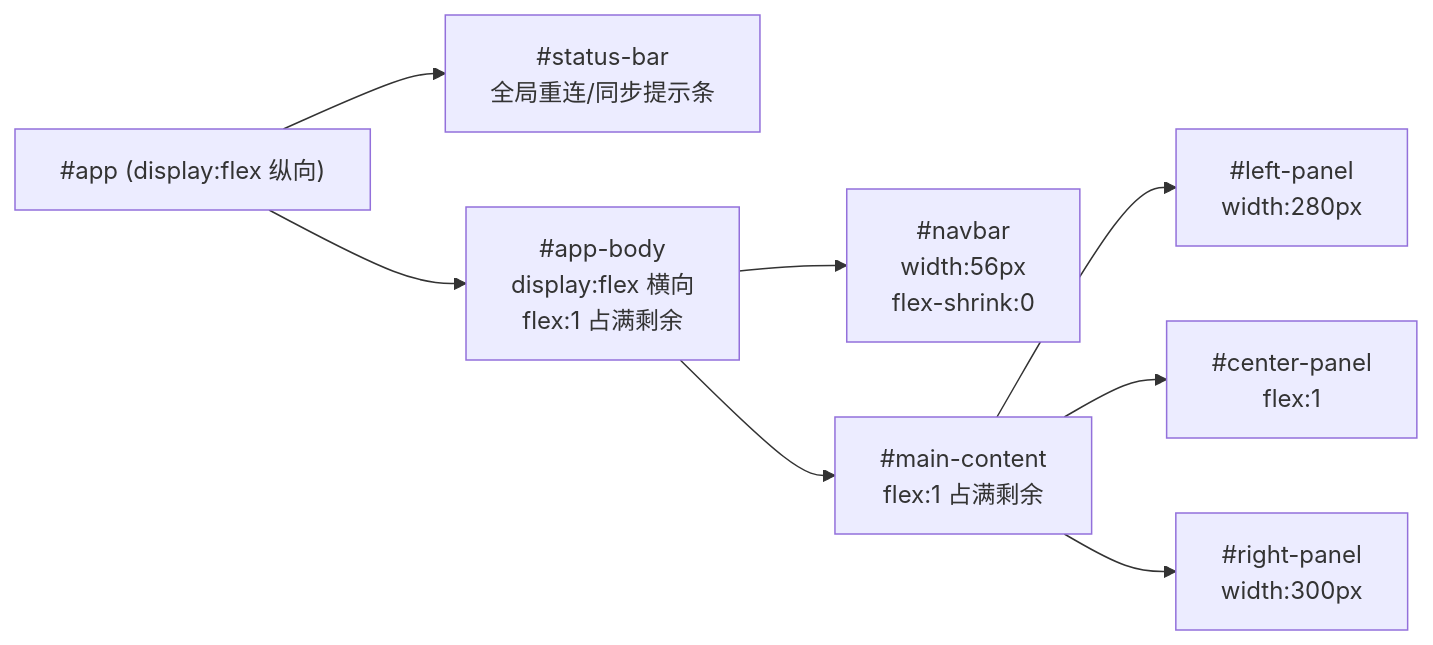
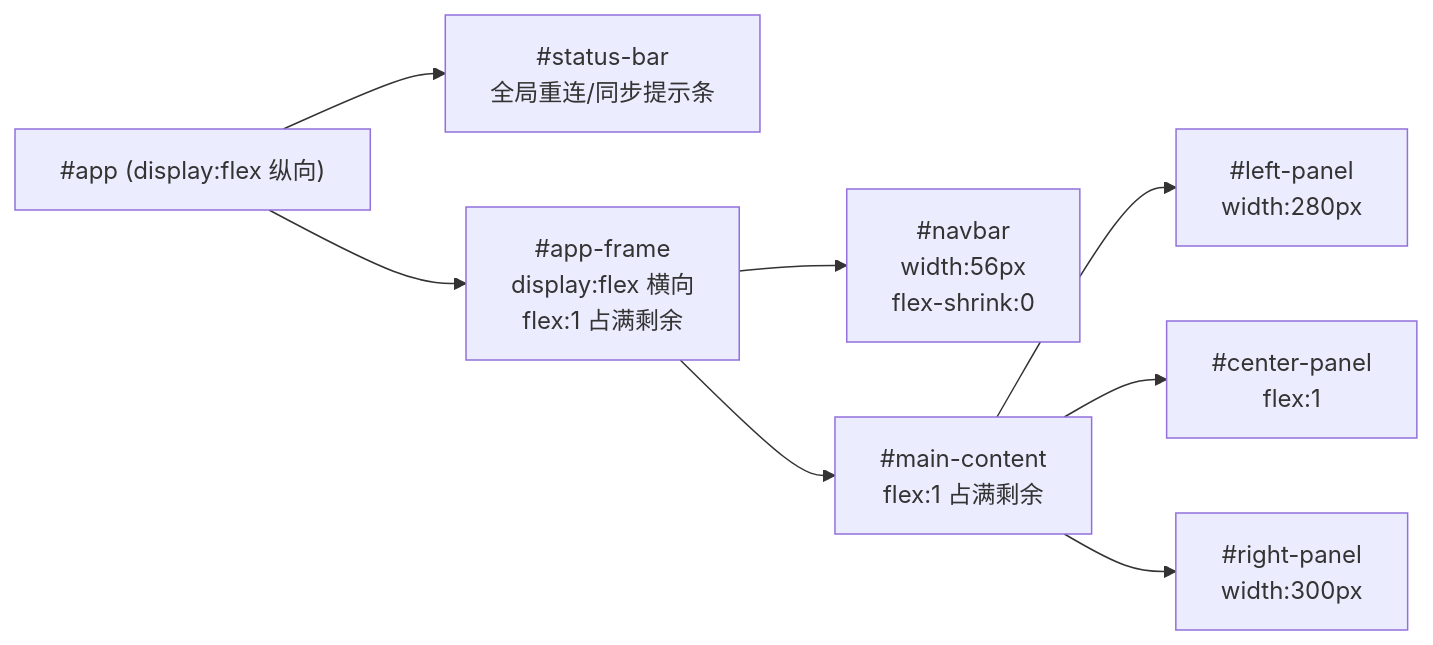
The second of 6 diagrams in packages/uikit/docs/UIKit阅读指南.md (dacez/yimsg), drawn with Mermaid before and after one commit. The commit also changed other lines of this file and 5 other files, not shown here.

````diff
--- a/packages/uikit/docs/UIKit阅读指南.md
+++ b/packages/uikit/docs/UIKit阅读指南.md
@@ -255,11 +255,11 @@
 ```mermaid
 flowchart LR
   app["#app (display:flex 纵向)"]
   app --> statusbar["#status-bar<br/>全局重连/同步提示条"]
-  app --> body["#app-body<br/>display:flex 横向<br/>flex:1 占满剩余"]
+  app --> body["#app-frame<br/>display:flex 横向<br/>flex:1 占满剩余"]
   body --> navbar["#navbar<br/>width:56px<br/>flex-shrink:0"]
   body --> main["#main-content<br/>flex:1 占满剩余"]
   main --> left["#left-panel<br/>width:280px"]
   main --> center["#center-panel<br/>flex:1"]
   main --> right["#right-panel<br/>width:300px"]
 ```
````
